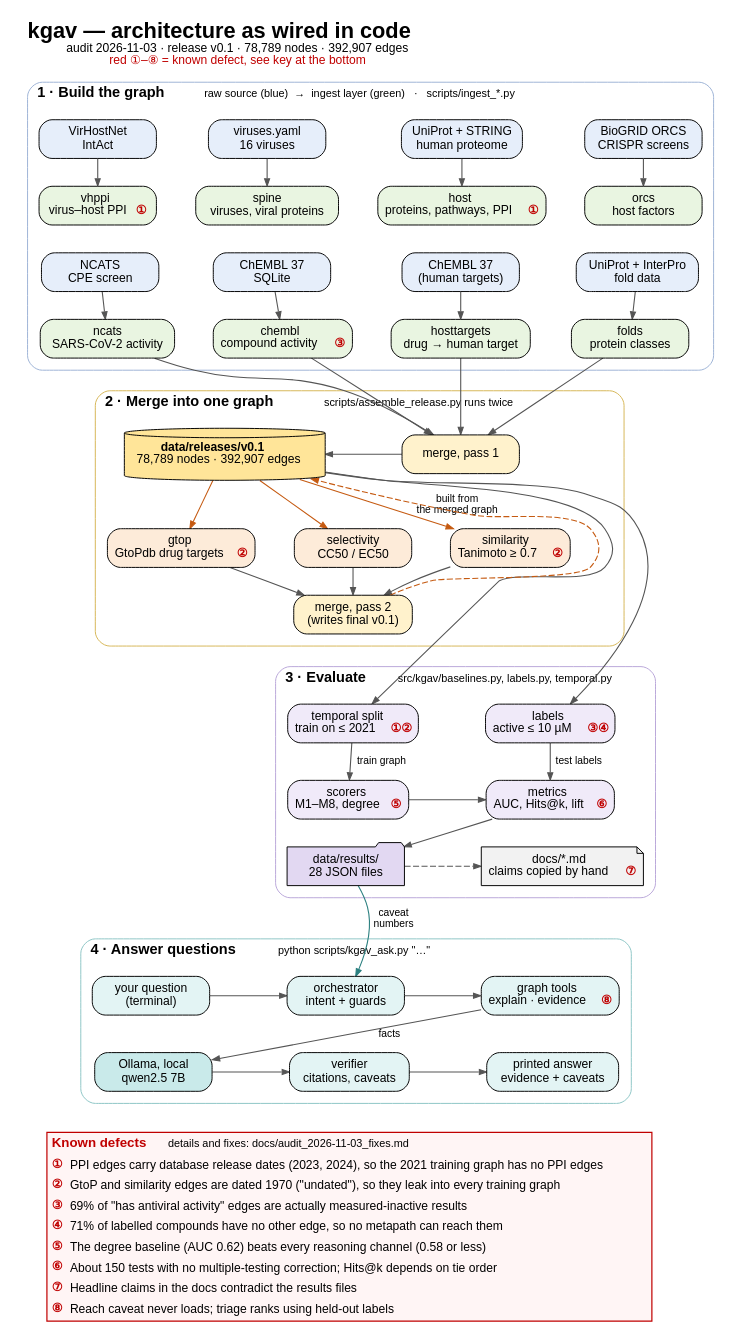
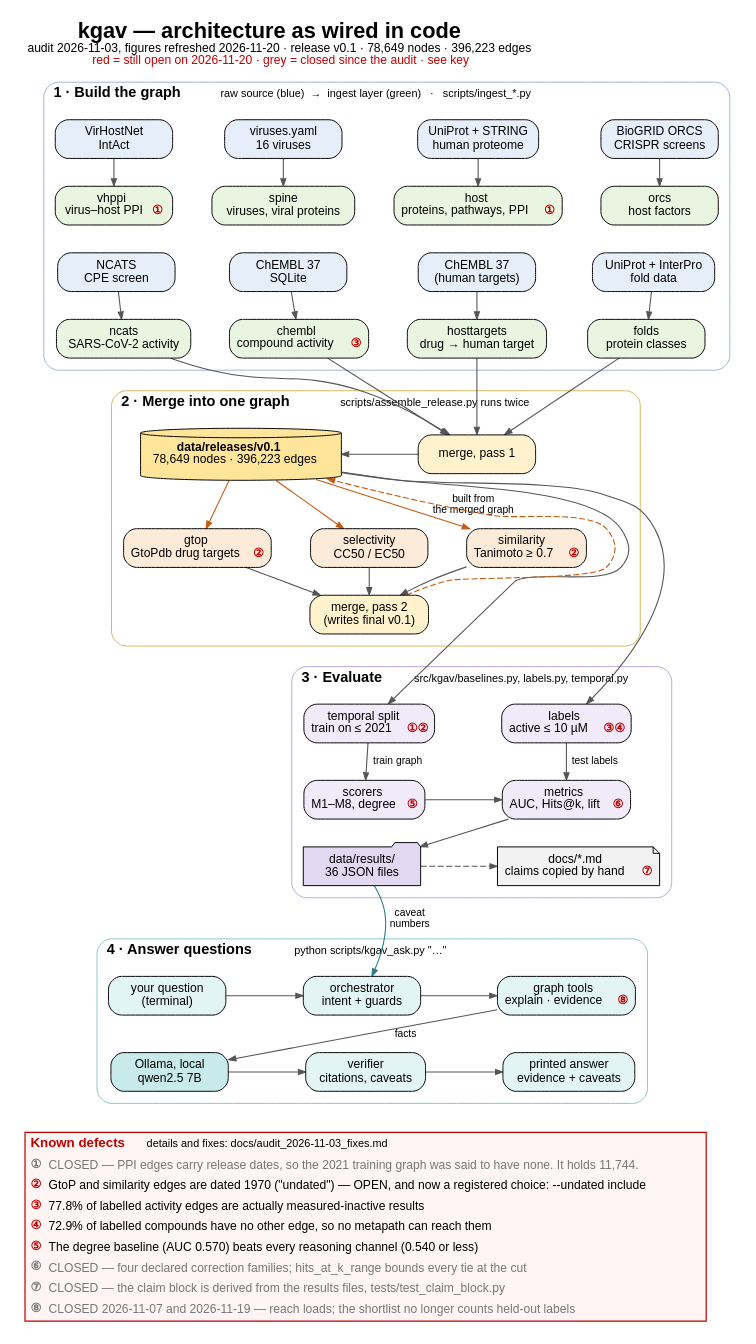
Before and after one commit to vivekyaadav/kgav: the diagram in docs/figures/arch_a4.dot, drawn with Graphviz. The commit also changed 7 other files, not shown here.

```diff
--- a/docs/figures/arch_a4.dot
+++ b/docs/figures/arch_a4.dot
@@ -1,97 +1,97 @@
 // kgav architecture, A4 portrait. Render:
 //   dot -Tpdf arch_a4.dot -o kgav_architecture_a4.pdf
 //   dot -Tpng -Gdpi=300 arch_a4.dot -o kgav_architecture_a4.png
 digraph kgav_a4 {
   rankdir=TB;
   size="7.9,11.3"; margin=0.1;
-  graph [label=<<font point-size="18"><b>kgav — architecture as wired in code</b></font><br/><font point-size="10">audit 2026-11-03 · release v0.1 · 78,789 nodes · 392,907 edges</font><br/><font point-size="10" color="#c00000">red ①–⑧ = known defect, see key at the bottom</font>>, labelloc=t, labeljust=c, fontname="Helvetica", fontsize=12, nodesep=0.45, ranksep=0.3, bgcolor=white, labeljust=l, penwidth=0.8, outputorder=edgesfirst];
+  graph [label=<<font point-size="18"><b>kgav — architecture as wired in code</b></font><br/><font point-size="10">audit 2026-11-03, figures refreshed 2026-11-20 · release v0.1 · 78,649 nodes · 396,223 edges</font><br/><font point-size="10" color="#c00000">red = still open on 2026-11-20 · grey = closed since the audit · see key</font>>, labelloc=t, labeljust=c, fontname="Helvetica", fontsize=12, nodesep=0.45, ranksep=0.3, bgcolor=white, labeljust=l, penwidth=0.8, outputorder=edgesfirst];
   node  [fontname="Helvetica", fontsize=10, shape=box, style="rounded,filled", fillcolor="#ffffff",
          penwidth=0.8, margin="0.08,0.05", width=1.35, height=0.45];
   edge  [fontname="Helvetica", fontsize=8.5, color="#555555", arrowsize=0.6, penwidth=0.9];
 
 
   // ---------------------------------------------------------------- 1 BUILD
   subgraph cluster_build { label=<<b>1 · Build the graph</b>   <font point-size="9">raw source (blue)  →  ingest layer (green)   ·   scripts/ingest_*.py</font>>; style="rounded"; color="#9db3d6"; margin=10;
     node [fillcolor="#e6eefa"];
     sA1 [label="viruses.yaml\n16 viruses"]; sA2 [label="UniProt + STRING\nhuman proteome"]; sA3 [label="VirHostNet\nIntAct"]; sA4 [label="BioGRID ORCS\nCRISPR screens"];
     node [fillcolor="#e9f5e1"];
     lA1 [label="spine\nviruses, viral proteins"]; lA2 [label=<host<br/>proteins, pathways, PPI <font color="#c00000"><b>①</b></font>>]; lA3 [label=<vhppi<br/>virus–host PPI <font color="#c00000"><b>①</b></font>>]; lA4 [label="orcs\nhost factors"];
     node [fillcolor="#e6eefa"];
     sB1 [label="ChEMBL 37\nSQLite"]; sB2 [label="ChEMBL 37\n(human targets)"]; sB3 [label="NCATS\nCPE screen"]; sB4 [label="UniProt + InterPro\nfold data"];
     node [fillcolor="#e9f5e1"];
     lB1 [label=<chembl<br/>compound activity <font color="#c00000"><b>③</b></font>>]; lB2 [label="hosttargets\ndrug → human target"]; lB3 [label="ncats\nSARS-CoV-2 activity"]; lB4 [label="folds\nprotein classes"];
     {rank=same; sA1 sA2 sA3 sA4}
     {rank=same; lA1 lA2 lA3 lA4}
     {rank=same; sB1 sB2 sB3 sB4}
     {rank=same; lB1 lB2 lB3 lB4}
     sA1 -> lA1; sA2 -> lA2; sA3 -> lA3; sA4 -> lA4;
     lA1 -> sB1 [style=invis]; lA2 -> sB2 [style=invis]; lA3 -> sB3 [style=invis]; lA4 -> sB4 [style=invis];
     sB1 -> lB1; sB2 -> lB2; sB3 -> lB3; sB4 -> lB4;
   }
 
   // ---------------------------------------------------------------- 2 MERGE
   subgraph cluster_merge { label=<<b>2 · Merge into one graph</b>   <font point-size="9">scripts/assemble_release.py runs twice</font>>; style="rounded"; color="#d6b656"; margin=10;
     asm1 [label="merge, pass 1", fillcolor="#fff2cc"];
-    rel  [label=<<b>data/releases/v0.1</b><br/>78,789 nodes · 392,907 edges>, shape=cylinder, style=filled, fillcolor="#ffe599", width=2.3, height=0.6];
+    rel  [label=<<b>data/releases/v0.1</b><br/>78,649 nodes · 396,223 edges>, shape=cylinder, style=filled, fillcolor="#ffe599", width=2.3, height=0.6];
     node [fillcolor="#fdebd9"];
     p1 [label="selectivity\nCC50 / EC50"]; p2 [label=<similarity<br/>Tanimoto ≥ 0.7 <font color="#c00000"><b>②</b></font>>]; p3 [label=<gtop<br/>GtoPdb drug targets <font color="#c00000"><b>②</b></font>>];
     asm2 [label="merge, pass 2\n(writes final v0.1)", fillcolor="#fff2cc"];
     {rank=same; asm1 rel}
     asm1 -> p2 [style=invis, weight=10];
     {rank=same; p1 p2 p3}
     asm1 -> rel;
     rel -> p1 [color="#c55a11"]; rel -> p2 [color="#c55a11", label=" built from\n the merged graph"]; rel -> p3 [color="#c55a11"];
     p1 -> asm2; p2 -> asm2; p3 -> asm2;
   }
   asm2 -> rel [constraint=false, color="#c55a11", style=dashed];
   lB1 -> asm1; lB2 -> asm1 [weight=8]; lB3 -> asm1; lB4 -> asm1;
   lB2 -> p2 [style=invis, weight=0];
 
   // ---------------------------------------------------------------- 3 EVALUATE
   subgraph cluster_eval { label=<<b>3 · Evaluate</b>   <font point-size="9">src/kgav/baselines.py, labels.py, temporal.py</font>>; style="rounded"; color="#b9a6d9"; margin=10;
     node [fillcolor="#f0eaf9"];
     e1 [label=<temporal split<br/>train on ≤ 2021 <font color="#c00000"><b>①②</b></font>>];
     e2 [label=<labels<br/>active ≤ 10 µM <font color="#c00000"><b>③④</b></font>>];
     e3 [label=<scorers<br/>M1–M8, degree <font color="#c00000"><b>⑤</b></font>>];
     e4 [label=<metrics<br/>AUC, Hits@k, lift <font color="#c00000"><b>⑥</b></font>>];
-    res [label="data/results/\n28 JSON files", shape=folder, fillcolor="#e2d8f2"];
+    res [label="data/results/\n36 JSON files", shape=folder, fillcolor="#e2d8f2"];
     docs [label=<docs/*.md<br/>claims copied by hand <font color="#c00000"><b>⑦</b></font>>, shape=note, fillcolor="#f2f2f2"];
     {rank=same; e1 e2}
     {rank=same; e3 e4}
     {rank=same; res docs}
     e1 -> e3 [label=" train graph"]; e2 -> e4 [label=" test labels"]; e3 -> e4;
     e4 -> res; res -> docs [style=dashed];
   }
   asm2 -> e1 [style=invis, weight=10];
   rel -> e1 [constraint=false]; rel -> e2 [constraint=false];
 
   // ---------------------------------------------------------------- 4 AGENT
   subgraph cluster_agent { label=<<b>4 · Answer questions</b>   <font point-size="9">python scripts/kgav_ask.py "…"</font>>; style="rounded"; color="#8cc5c5"; margin=10;
     node [fillcolor="#e3f4f4"];
     a1 [label="your question\n(terminal)"]; a2 [label="orchestrator\nintent + guards"]; a3 [label=<graph tools<br/>explain · evidence <font color="#c00000"><b>⑧</b></font>>];
     a4 [label="Ollama, local\nqwen2.5 7B", fillcolor="#c9eaea"]; a5 [label="verifier\ncitations, caveats"]; a6 [label="printed answer\nevidence + caveats"];
     {rank=same; a1 a2 a3}
     {rank=same; a6 a5 a4}
     a1 -> a2 -> a3;
     a3 -> a4 [label=" facts"]; a4 -> a5; a5 -> a6;
   }
   res -> a2 [style=invis, weight=10];
   e3 -> res [style=invis, weight=10];
   res -> a2 [color="#2a7f7f", label=" caveat\n numbers"];
 
   // ---------------------------------------------------------------- KEY
   key [shape=plaintext, style="", label=<
     <table border="1" color="#c00000" cellborder="0" cellspacing="0" cellpadding="3" bgcolor="#fff5f5">
       <tr><td align="left" colspan="2"><font color="#c00000" point-size="11"><b>Known defects</b></font><font point-size="9">   details and fixes: docs/audit_2026-11-03_fixes.md</font></td></tr>
-      <tr><td align="left" valign="top"><font color="#c00000"><b>①</b></font></td><td align="left"><font point-size="10">PPI edges carry database release dates (2023, 2024), so the 2021 training graph has no PPI edges</font></td></tr>
-      <tr><td align="left" valign="top"><font color="#c00000"><b>②</b></font></td><td align="left"><font point-size="10">GtoP and similarity edges are dated 1970 ("undated"), so they leak into every training graph</font></td></tr>
-      <tr><td align="left" valign="top"><font color="#c00000"><b>③</b></font></td><td align="left"><font point-size="10">69% of "has antiviral activity" edges are actually measured-inactive results</font></td></tr>
-      <tr><td align="left" valign="top"><font color="#c00000"><b>④</b></font></td><td align="left"><font point-size="10">71% of labelled compounds have no other edge, so no metapath can reach them</font></td></tr>
-      <tr><td align="left" valign="top"><font color="#c00000"><b>⑤</b></font></td><td align="left"><font point-size="10">The degree baseline (AUC 0.62) beats every reasoning channel (0.58 or less)</font></td></tr>
-      <tr><td align="left" valign="top"><font color="#c00000"><b>⑥</b></font></td><td align="left"><font point-size="10">About 150 tests with no multiple-testing correction; Hits@k depends on tie order</font></td></tr>
-      <tr><td align="left" valign="top"><font color="#c00000"><b>⑦</b></font></td><td align="left"><font point-size="10">Headline claims in the docs contradict the results files</font></td></tr>
-      <tr><td align="left" valign="top"><font color="#c00000"><b>⑧</b></font></td><td align="left"><font point-size="10">Reach caveat never loads; triage ranks using held-out labels</font></td></tr>
+      <tr><td align="left" valign="top"><font color="#777777"><b>①</b></font></td><td align="left"><font point-size="10" color="#777777">CLOSED — PPI edges carry release dates, so the 2021 training graph was said to have none. It holds 11,744.</font></td></tr>
+      <tr><td align="left" valign="top"><font color="#c00000"><b>②</b></font></td><td align="left"><font point-size="10">GtoP and similarity edges are dated 1970 ("undated") — OPEN, and now a registered choice: --undated include</font></td></tr>
+      <tr><td align="left" valign="top"><font color="#c00000"><b>③</b></font></td><td align="left"><font point-size="10">77.8% of labelled activity edges are actually measured-inactive results</font></td></tr>
+      <tr><td align="left" valign="top"><font color="#c00000"><b>④</b></font></td><td align="left"><font point-size="10">72.9% of labelled compounds have no other edge, so no metapath can reach them</font></td></tr>
+      <tr><td align="left" valign="top"><font color="#c00000"><b>⑤</b></font></td><td align="left"><font point-size="10">The degree baseline (AUC 0.570) beats every reasoning channel (0.540 or less)</font></td></tr>
+      <tr><td align="left" valign="top"><font color="#777777"><b>⑥</b></font></td><td align="left"><font point-size="10" color="#777777">CLOSED — four declared correction families; hits_at_k_range bounds every tie at the cut</font></td></tr>
+      <tr><td align="left" valign="top"><font color="#777777"><b>⑦</b></font></td><td align="left"><font point-size="10" color="#777777">CLOSED — the claim block is derived from the results files, tests/test_claim_block.py</font></td></tr>
+      <tr><td align="left" valign="top"><font color="#777777"><b>⑧</b></font></td><td align="left"><font point-size="10" color="#777777">CLOSED 2026-11-07 and 2026-11-19 — reach loads; the shortlist no longer counts held-out labels</font></td></tr>
     </table>>];
   a5 -> key [style=invis, weight=10];
 
 }
```
